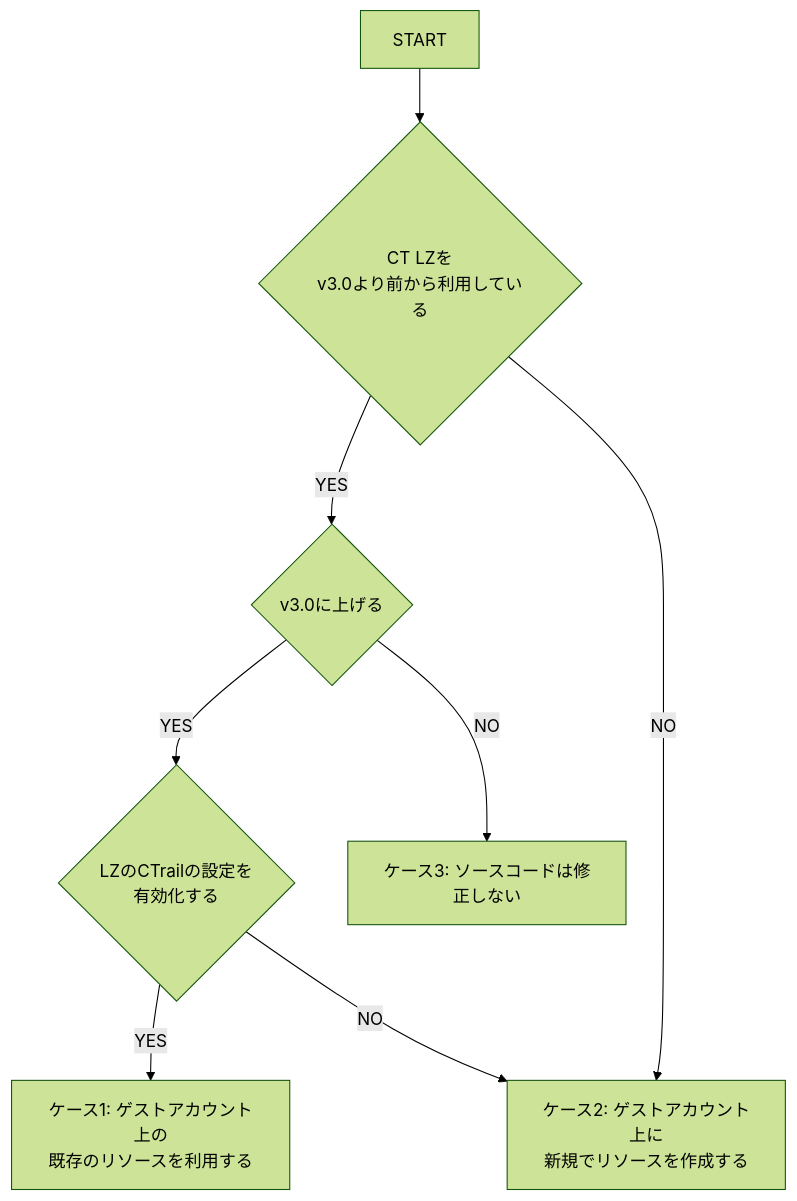
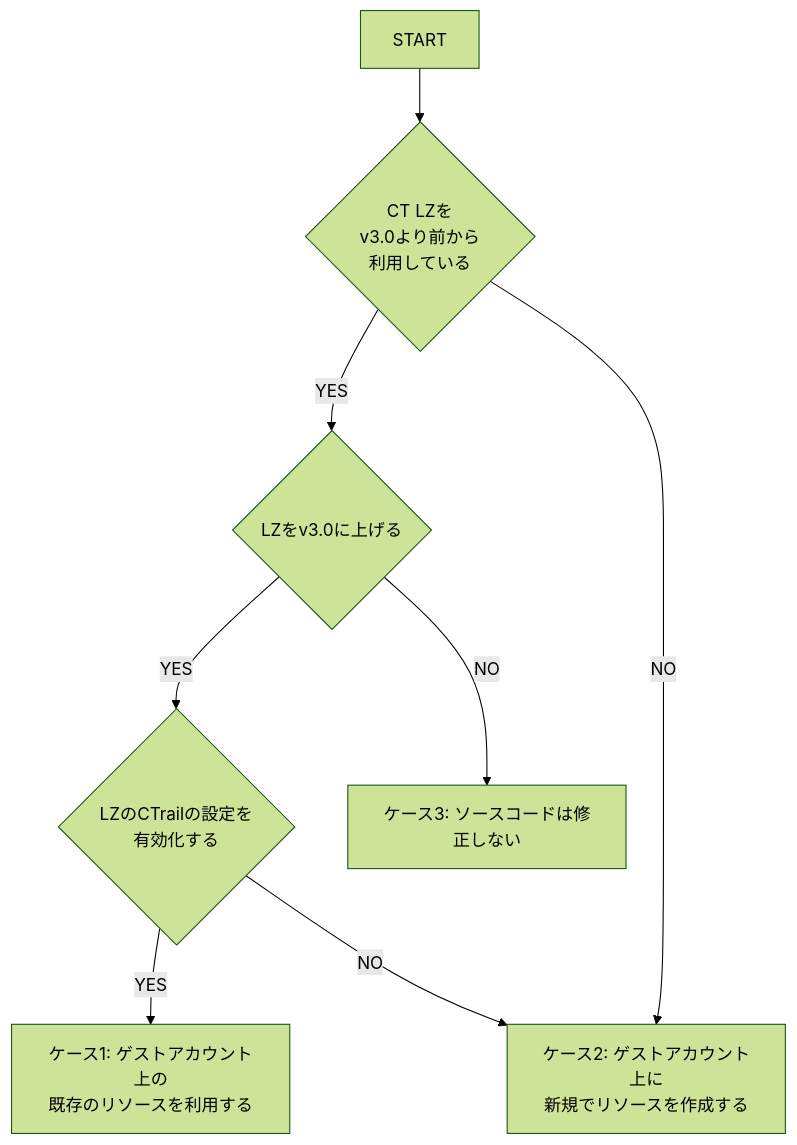
One commit to aws-samples/baseline-environment-on-aws changed the diagram in usecases/base-ct-guest/README_ja.md. Above: the diagram before and after it, drawn with Mermaid (forest theme).

Commit message:
modify diagram

````diff
--- a/usecases/base-ct-guest/README_ja.md
+++ b/usecases/base-ct-guest/README_ja.md
@@ -31,10 +31,10 @@
 ```mermaid
 flowchart TD
-A[START] --> B{CT LZを<br>v3.0より前から利用している}
-B -->|YES| C{v3.0に上げる}
+A[START] --> B{CT LZを<br>v3.0より前から<br>利用している}
+B -->|YES| C{LZをv3.0に上げる}
 C -->|YES| D{LZのCTrailの設定を<br>有効化する}
 C -->|NO| E[ケース3: ソースコードは修正しない]
 D -->|YES| F[ケース1: ゲストアカウント上の<br>既存のリソースを利用する]
 D -->|NO| G[ケース2: ゲストアカウント上に<br>新規でリソースを作成する]
 B -->|NO| G
 ```
````
